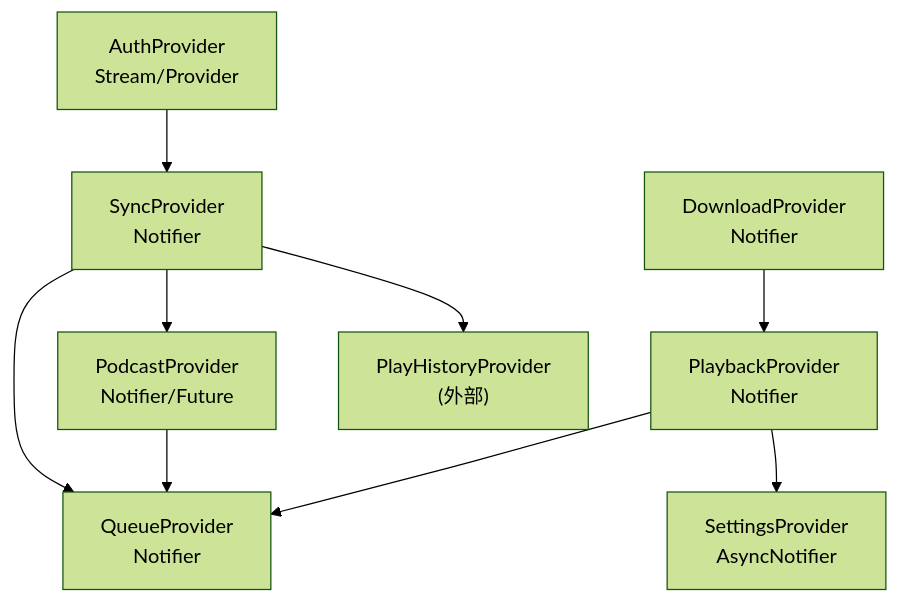
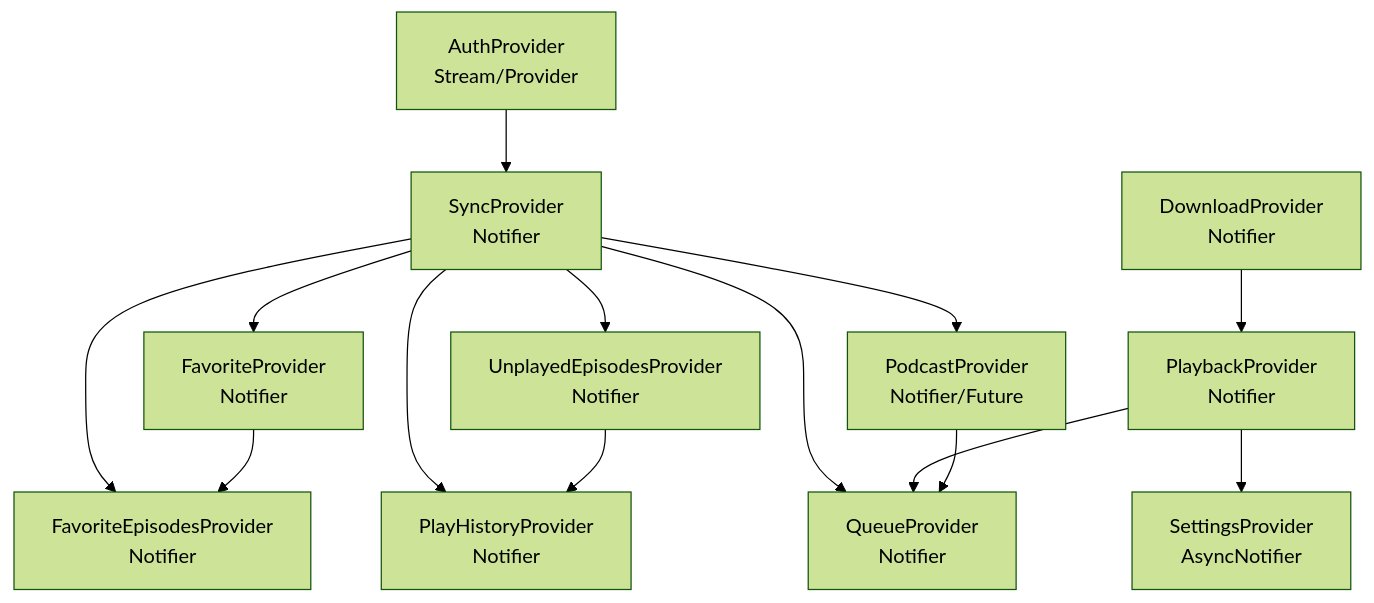
One commit to ZTfer/Tinycast changed the second of 9 diagrams in .qoder/repowiki/zh/content/架构设计/设计模式应用/Provider Pattern（提供者模式）/Provider Pattern（提供者模式）.md. Above: the diagram before and after it, drawn with Mermaid (forest theme). The commit also changed other lines of this file and 4 other files, not shown here.

````diff
--- a/.qoder/repowiki/zh/content/架构设计/设计模式应用/Provider Pattern（提供者模式）/Provider Pattern（提供者模式）.md
+++ b/.qoder/repowiki/zh/content/架构设计/设计模式应用/Provider Pattern（提供者模式）/Provider Pattern（提供者模式）.md
@@ -106,11 +131,16 @@
 ```mermaid
 graph TB
 Auth["AuthProvider<br/>Stream/Provider"] --> Sync["SyncProvider<br/>Notifier"]
 Sync --> Queue["QueueProvider<br/>Notifier"]
 Sync --> Podcast["PodcastProvider<br/>Notifier/Future"]
-Sync --> History["PlayHistoryProvider<br/>(外部)"]
+Sync --> History["PlayHistoryProvider<br/>Notifier"]
+Sync --> Favorite["FavoriteProvider<br/>Notifier"]
+Sync --> Unplayed["UnplayedEpisodesProvider<br/>Notifier"]
+Sync --> FavEpisodes["FavoriteEpisodesProvider<br/>Notifier"]
 Playback["PlaybackProvider<br/>Notifier"] --> Queue
 Playback --> Settings["SettingsProvider<br/>AsyncNotifier"]
 Download["DownloadProvider<br/>Notifier"] --> Playback
 Podcast --> Queue
+Favorite --> FavEpisodes
+Unplayed --> History
 ```
````
